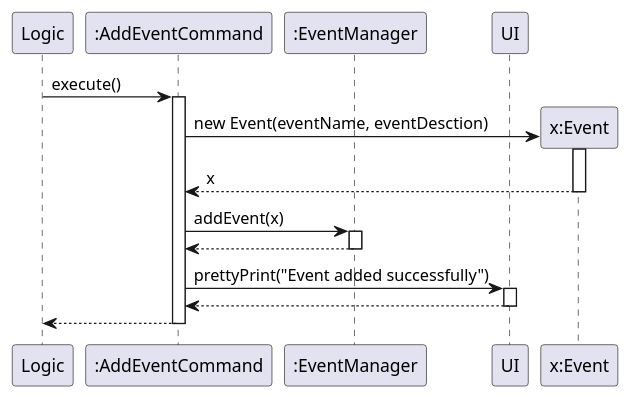
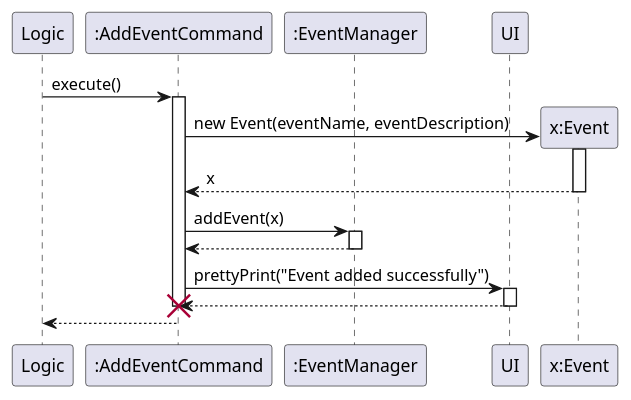
The diagram in docs/team/UML_Files/executeAddEventCommand.puml (JianJiaT/tp), drawn with PlantUML before and after one commit. The commit also changed 3 other files, not shown here.

```diff
--- a/docs/team/UML_Files/executeAddEventCommand.puml
+++ b/docs/team/UML_Files/executeAddEventCommand.puml
@@ -1,28 +1,30 @@
 @startuml
 participant Logic  
 participant ":AddEventCommand" AS AddEventCommand 
 participant ":EventManager" AS EventManager
 participant UI 
 
 Logic -> AddEventCommand : execute()
 activate AddEventCommand
 create "x:Event" as Event 
-AddEventCommand -> Event: new Event(eventName, eventDesction)
+AddEventCommand -> Event: new Event(eventName, eventDescription)
 activate Event
 Event --> AddEventCommand : x
 deactivate Event
 
 AddEventCommand -> EventManager : addEvent(x)
 activate EventManager
 EventManager --> AddEventCommand
 deactivate EventManager
 
 AddEventCommand -> UI : prettyPrint("Event added successfully")
 activate UI
 UI --> AddEventCommand
 deactivate UI
 
+destroy AddEventCommand
+
 AddEventCommand --> Logic 
 deactivate AddEventCommand
 
 @enduml
```
